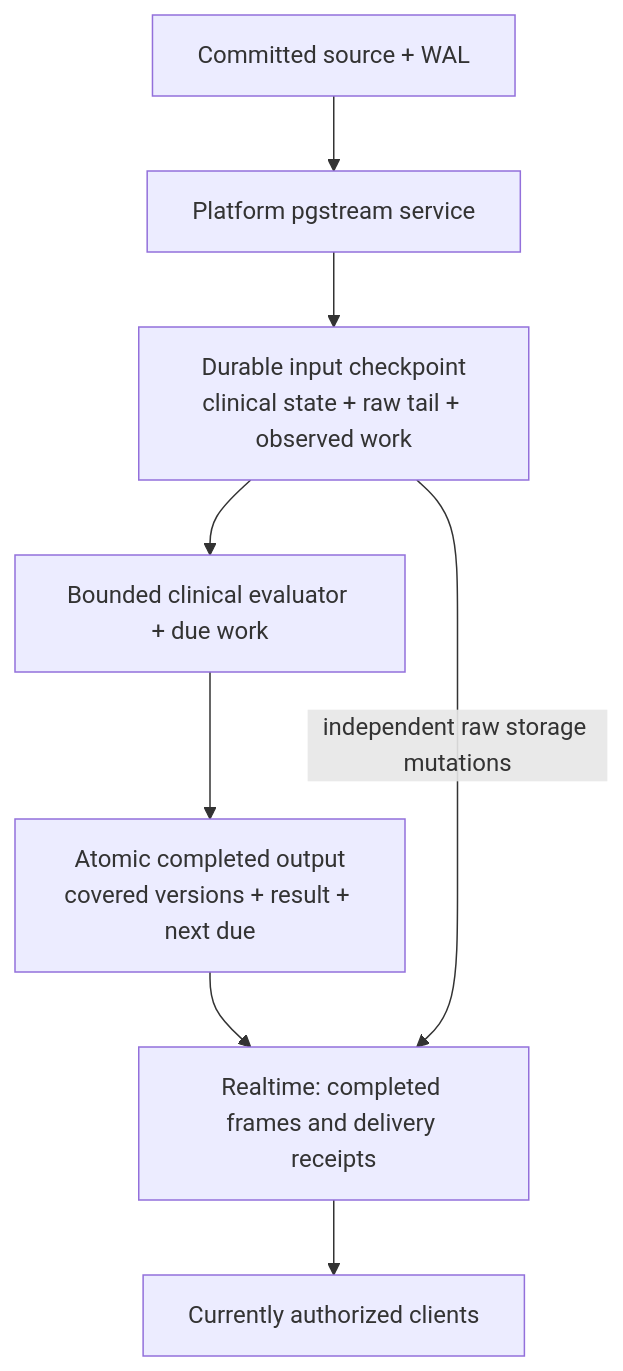
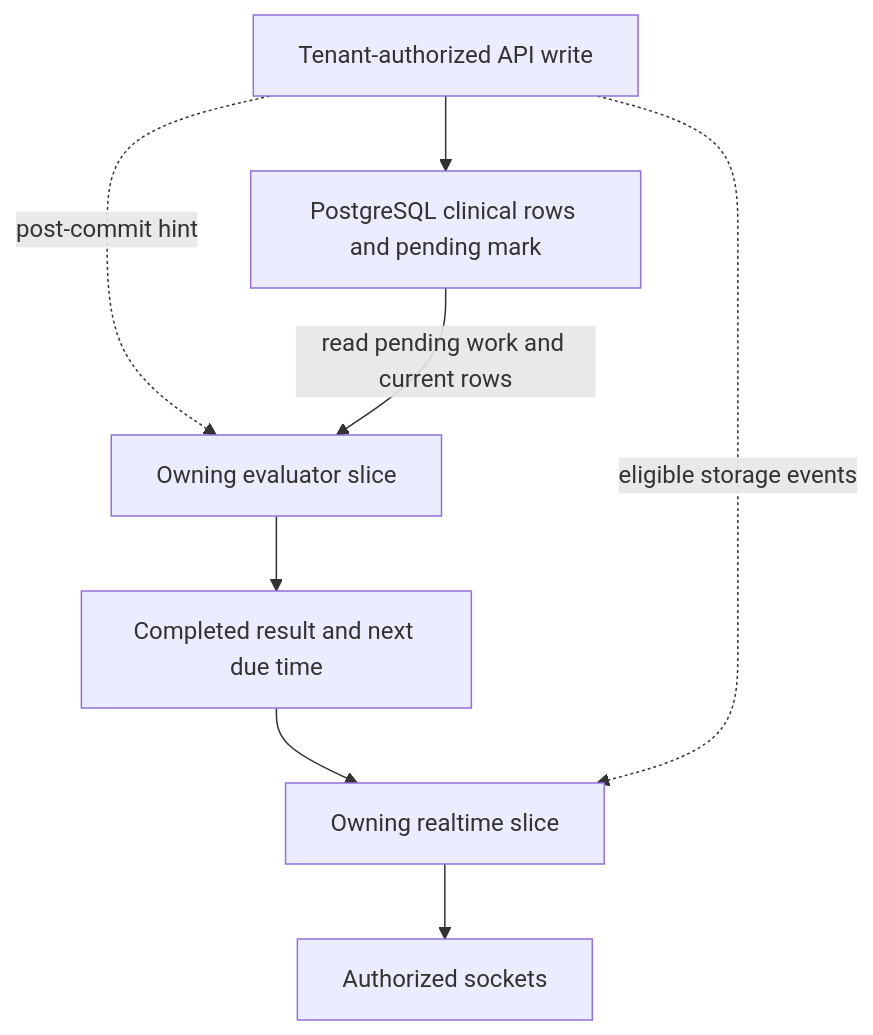
Before and after one commit to bewest/rag-nightscout-ecosystem-alignment: the second of 9 diagrams in docs/30-design/tenancy/sql-and-migration-architecture.md, drawn with Mermaid. The commit also changed other lines of this file and 30 other files, not shown here.

Commit message:
Reconcile tenancy architecture and admission guidance with candidate 5

````diff
--- a/docs/30-design/tenancy/sql-and-migration-architecture.md
+++ b/docs/30-design/tenancy/sql-and-migration-architecture.md
@@ -204,10 +193,10 @@
 ```mermaid
 flowchart TB
-  PG["Committed source + WAL"] --> PS["Platform pgstream service"]
-  PS --> Input["Durable input checkpoint<br/>clinical state + raw tail + observed work"]
-  Input --> Eval["Bounded clinical evaluator + due work"]
-  Eval --> Done["Atomic completed output<br/>covered versions + result + next due"]
-  Done --> RT["Realtime: completed frames and delivery receipts"]
-  Input -->|"independent raw storage mutations"| RT
-  RT --> Clients["Currently authorized clients"]
+  API["Tenant-authorized API write"] --> PG["PostgreSQL clinical rows and pending mark"]
+  API -.->|"post-commit hint"| Eval["Owning evaluator slice"]
+  PG -->|"read pending work and current rows"| Eval
+  Eval --> Done["Completed result and next due time"]
+  Done --> RT["Owning realtime slice"]
+  API -.->|"eligible storage events"| RT
+  RT --> Clients["Authorized sockets"]
 ```
````
